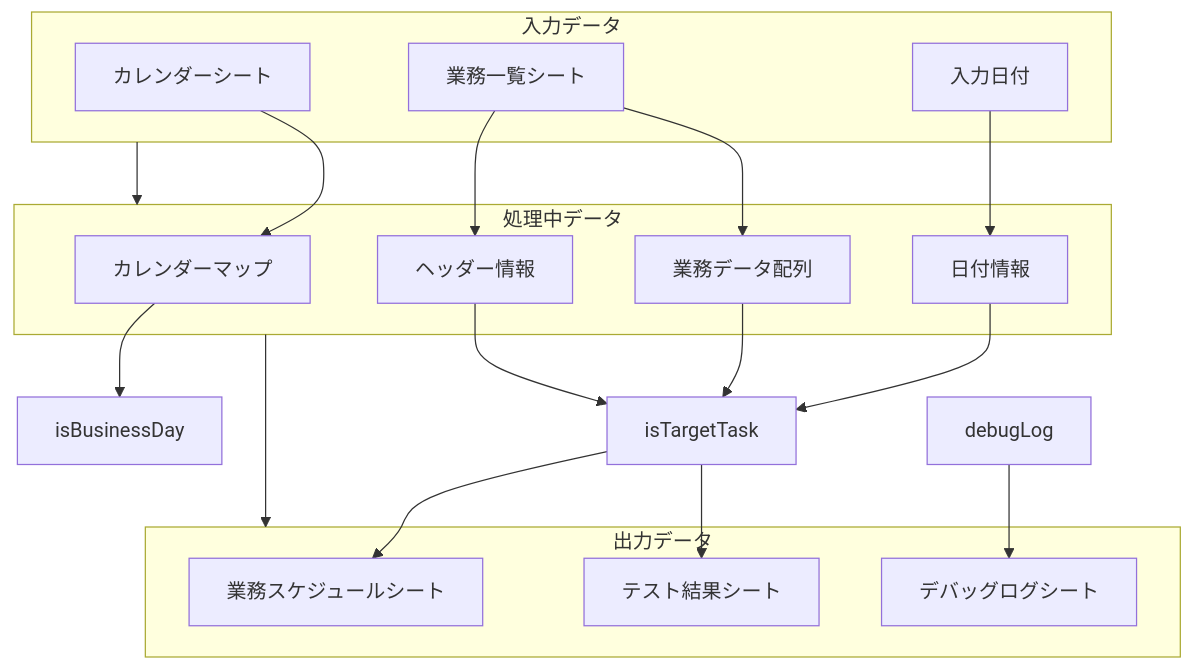
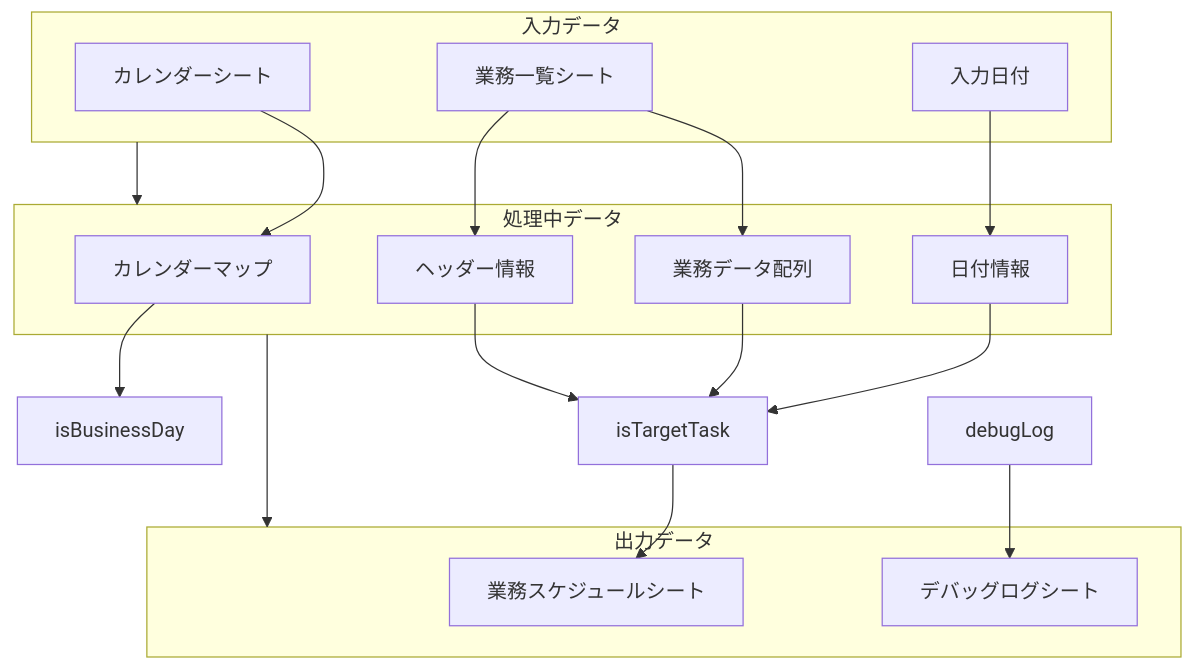
Before and after one commit to mkuwan/TaskManaging: the third of 20 diagrams in README.md, drawn with Mermaid. The commit also changed other lines of this file and 10 other files, not shown here.

````diff
--- a/README.md
+++ b/README.md
@@ -508,38 +166,36 @@
 ```mermaid
 flowchart TD
     subgraph InputData[入力データ]
         Calendar[カレンダーシート]
         TaskList[業務一覧シート]
         InputDate[入力日付]
     end
     
     subgraph ProcessingData[処理中データ]
         CalendarMap[カレンダーマップ]
         TaskData[業務データ配列]
         Headers[ヘッダー情報]
         DateInfo[日付情報]
     end
     
     subgraph OutputData[出力データ]
         ScheduleSheet[業務スケジュールシート]
-        TestResults[テスト結果シート]
         DebugLogs[デバッグログシート]
     end
     
     InputData --> ProcessingData
     ProcessingData --> OutputData
     
     Calendar --> CalendarMap
     TaskList --> TaskData
     TaskList --> Headers
     InputDate --> DateInfo
     
     CalendarMap --> isBusinessDay
     DateInfo --> isTargetTask
     TaskData --> isTargetTask
     Headers --> isTargetTask
     
     isTargetTask --> ScheduleSheet
-    isTargetTask --> TestResults
     debugLog --> DebugLogs
 ```
````
